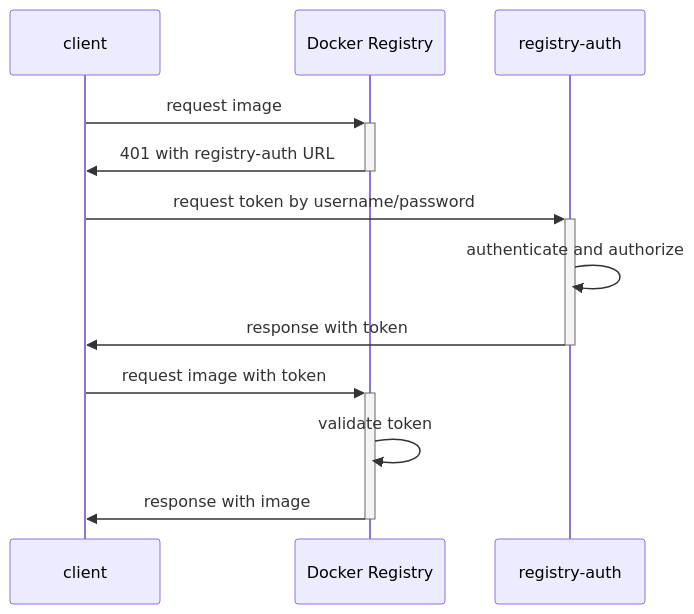
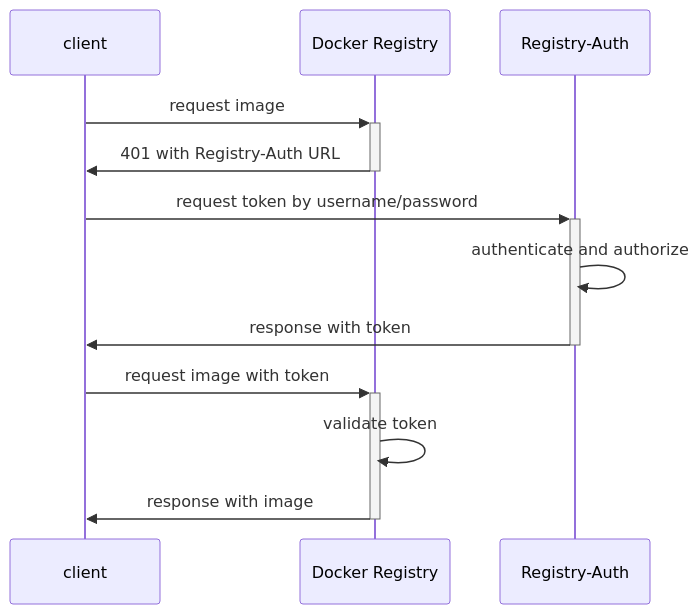
The first of 2 diagrams in README.md (alauda/registry-auth), drawn with Mermaid before and after one commit. The commit also changed other lines of this file and 2 other files, not shown here.

````diff
--- a/README.md
+++ b/README.md
@@ -95,14 +101,14 @@
 ```mermaid
     sequenceDiagram;
       participant c as client
       participant r as Docker Registry
-      participant ra as registry-auth
+      participant ra as Registry-Auth
       c->>+r: request image
-      r->>-c: 401 with registry-auth URL
+      r->>-c: 401 with Registry-Auth URL
       c->>+ra: request token by username/password
       ra->>ra: authenticate and authorize
       ra->>-c: response with token
       c->>+r: request image with token
       r->>r: validate token
       r->>-c: response with image
 ```
````
